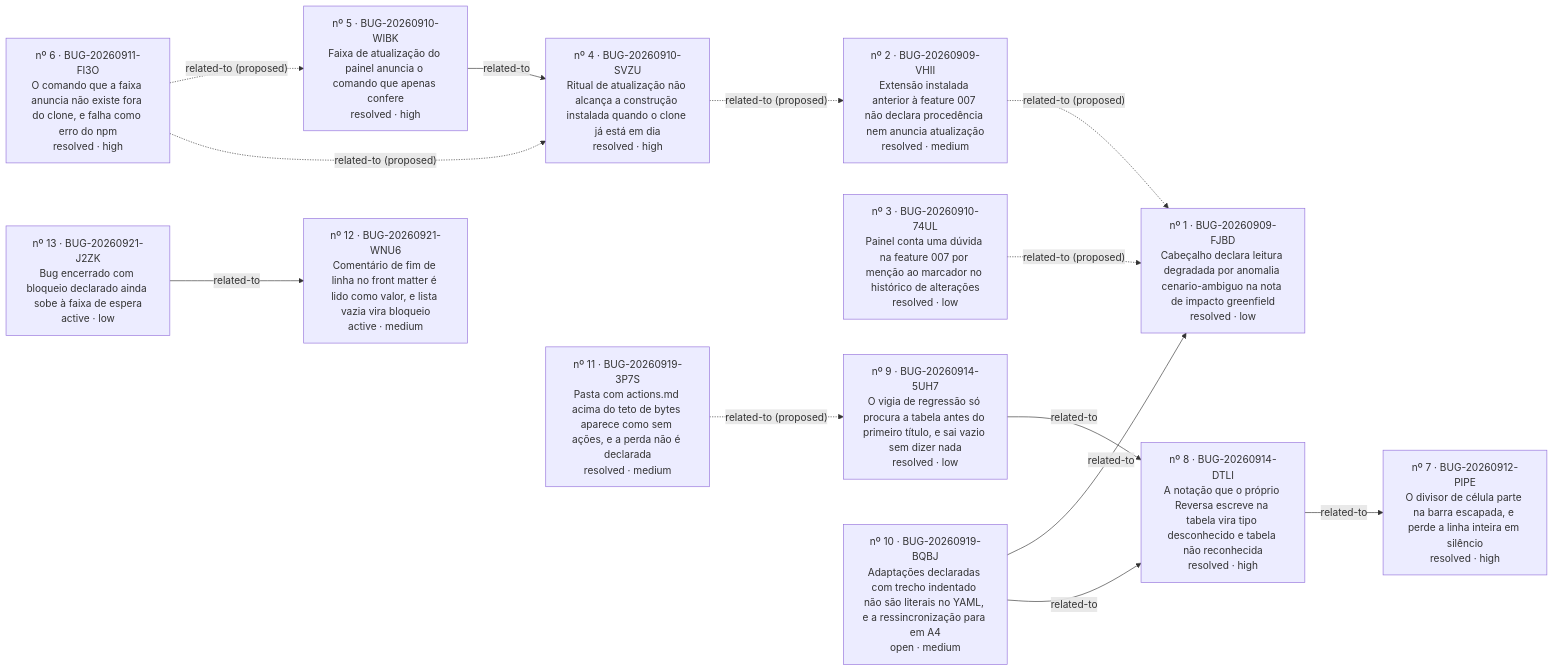
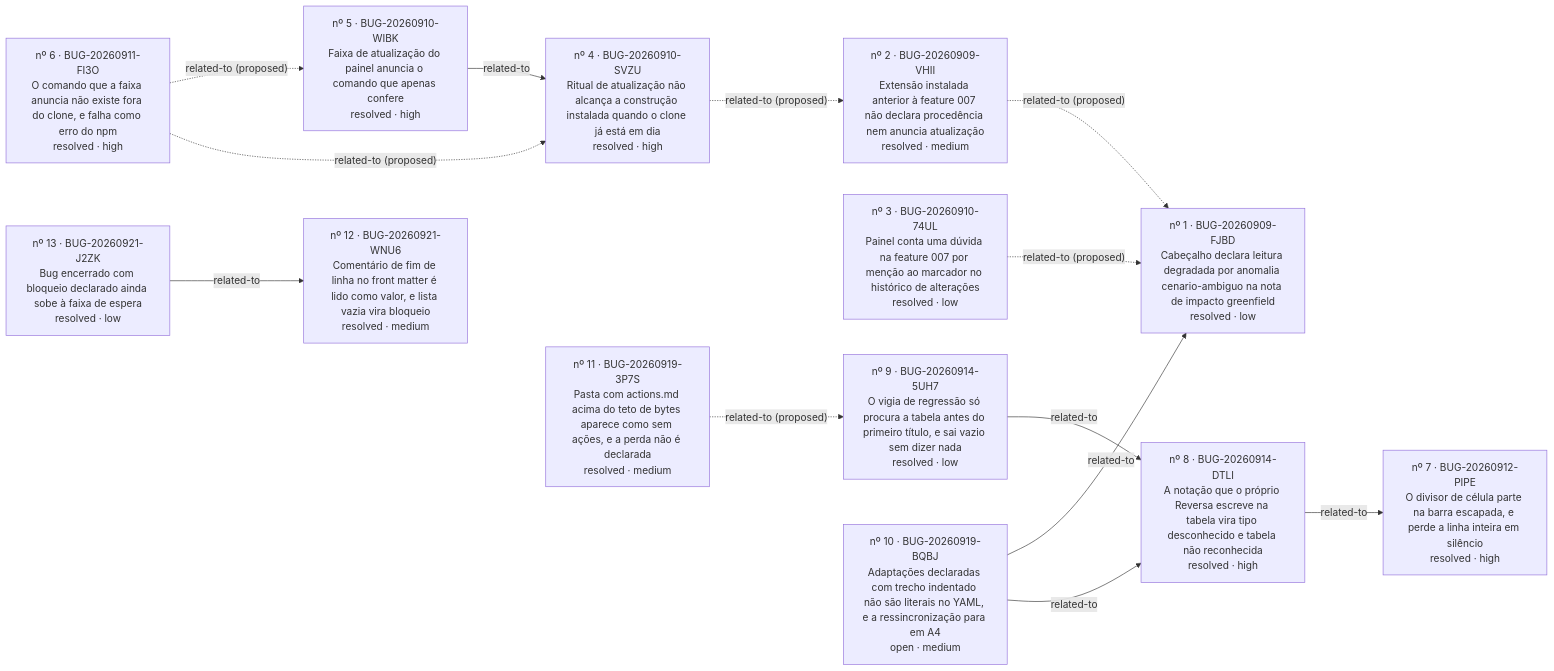
One commit to iago-leal/reversa-views changed the diagram in _reversa_bugs/painel-do-processo/generated/graph.md. Above: the diagram before and after it, drawn with Mermaid. The commit also changed other lines of this file and 10 other files, not shown here.

````diff
--- a/_reversa_bugs/painel-do-processo/generated/graph.md
+++ b/_reversa_bugs/painel-do-processo/generated/graph.md
@@ -4,28 +4,28 @@
 ```mermaid
 graph LR
   BUG_20260909_FJBD["nº 1 · BUG-20260909-FJBD<br/>Cabeçalho declara leitura degradada por anomalia cenario-ambiguo na nota de impacto greenfield<br/>resolved · low"]
   BUG_20260909_VHII["nº 2 · BUG-20260909-VHII<br/>Extensão instalada anterior à feature 007 não declara procedência nem anuncia atualização<br/>resolved · medium"]
   BUG_20260910_74UL["nº 3 · BUG-20260910-74UL<br/>Painel conta uma dúvida na feature 007 por menção ao marcador no histórico de alterações<br/>resolved · low"]
   BUG_20260910_SVZU["nº 4 · BUG-20260910-SVZU<br/>Ritual de atualização não alcança a construção instalada quando o clone já está em dia<br/>resolved · high"]
   BUG_20260910_WIBK["nº 5 · BUG-20260910-WIBK<br/>Faixa de atualização do painel anuncia o comando que apenas confere<br/>resolved · high"]
   BUG_20260911_FI3O["nº 6 · BUG-20260911-FI3O<br/>O comando que a faixa anuncia não existe fora do clone, e falha como erro do npm<br/>resolved · high"]
   BUG_20260912_PIPE["nº 7 · BUG-20260912-PIPE<br/>O divisor de célula parte na barra escapada, e perde a linha inteira em silêncio<br/>resolved · high"]
   BUG_20260914_5UH7["nº 9 · BUG-20260914-5UH7<br/>O vigia de regressão só procura a tabela antes do primeiro título, e sai vazio sem dizer nada<br/>resolved · low"]
   BUG_20260914_DTLI["nº 8 · BUG-20260914-DTLI<br/>A notação que o próprio Reversa escreve na tabela vira tipo desconhecido e tabela não reconhecida<br/>resolved · high"]
   BUG_20260919_3P7S["nº 11 · BUG-20260919-3P7S<br/>Pasta com actions.md acima do teto de bytes aparece como sem ações, e a perda não é declarada<br/>resolved · medium"]
   BUG_20260919_BQBJ["nº 10 · BUG-20260919-BQBJ<br/>Adaptações declaradas com trecho indentado não são literais no YAML, e a ressincronização para em A4<br/>open · medium"]
-  BUG_20260921_J2ZK["nº 13 · BUG-20260921-J2ZK<br/>Bug encerrado com bloqueio declarado ainda sobe à faixa de espera<br/>active · low"]
-  BUG_20260921_WNU6["nº 12 · BUG-20260921-WNU6<br/>Comentário de fim de linha no front matter é lido como valor, e lista vazia vira bloqueio<br/>active · medium"]
+  BUG_20260921_J2ZK["nº 13 · BUG-20260921-J2ZK<br/>Bug encerrado com bloqueio declarado ainda sobe à faixa de espera<br/>resolved · low"]
+  BUG_20260921_WNU6["nº 12 · BUG-20260921-WNU6<br/>Comentário de fim de linha no front matter é lido como valor, e lista vazia vira bloqueio<br/>resolved · medium"]
   BUG_20260909_VHII -. related-to (proposed) .-> BUG_20260909_FJBD
   BUG_20260910_74UL -. related-to (proposed) .-> BUG_20260909_FJBD
   BUG_20260910_SVZU -. related-to (proposed) .-> BUG_20260909_VHII
   BUG_20260910_WIBK -- related-to --> BUG_20260910_SVZU
   BUG_20260911_FI3O -. related-to (proposed) .-> BUG_20260910_WIBK
   BUG_20260911_FI3O -. related-to (proposed) .-> BUG_20260910_SVZU
   BUG_20260914_5UH7 -- related-to --> BUG_20260914_DTLI
   BUG_20260914_DTLI -- related-to --> BUG_20260912_PIPE
   BUG_20260919_3P7S -. related-to (proposed) .-> BUG_20260914_5UH7
   BUG_20260919_BQBJ -- related-to --> BUG_20260909_FJBD
   BUG_20260919_BQBJ -- related-to --> BUG_20260914_DTLI
   BUG_20260921_J2ZK -- related-to --> BUG_20260921_WNU6
 ```
````
